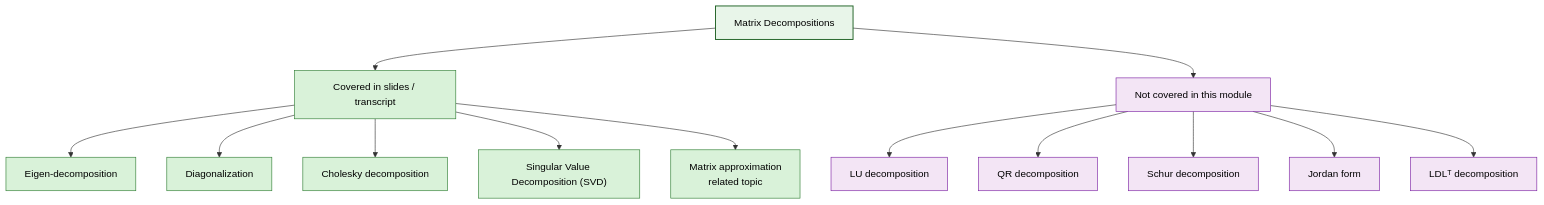
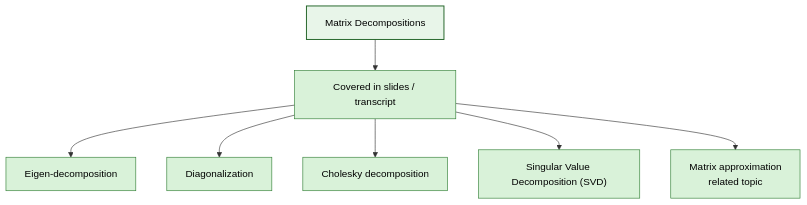
The first of 2 diagrams in content/docs/ai/maths/010-linear-algebra/03-matrix-decomposition/_index.md (arshadhs/arshadhs.github.io), drawn with Mermaid before and after one commit. The commit also changed other lines of this file, not shown here.

```diff
--- a/content/docs/ai/maths/010-linear-algebra/03-matrix-decomposition/_index.md
+++ b/content/docs/ai/maths/010-linear-algebra/03-matrix-decomposition/_index.md
@@ -76,27 +74,18 @@
 {{< mermaid >}}
 flowchart TD
     A["Matrix Decompositions"]
 
     A --> B["Covered in slides / transcript"]
-    A --> C["Not covered in this module"]
 
     B --> B1["Eigen-decomposition"]
     B --> B2["Diagonalization"]
     B --> B3["Cholesky decomposition"]
     B --> B4["Singular Value Decomposition (SVD)"]
     B --> B5["Matrix approximation<br/>related topic"]
 
-    C --> C1["LU decomposition"]
-    C --> C2["QR decomposition"]
-    C --> C3["Schur decomposition"]
-    C --> C4["Jordan form"]
-    C --> C5["LDLᵀ decomposition"]
-
     classDef covered fill:#d9f2d9,stroke:#2e7d32,color:#000,stroke-width:1px;
-    classDef notcovered fill:#f3e5f5,stroke:#7b1fa2,color:#000,stroke-width:1px;
     classDef root fill:#e8f5e9,stroke:#1b5e20,color:#000,stroke-width:1.5px;
 
     class A root;
     class B,B1,B2,B3,B4,B5 covered;
-    class C,C1,C2,C3,C4,C5 notcovered;
 {{< /mermaid >}}
```
